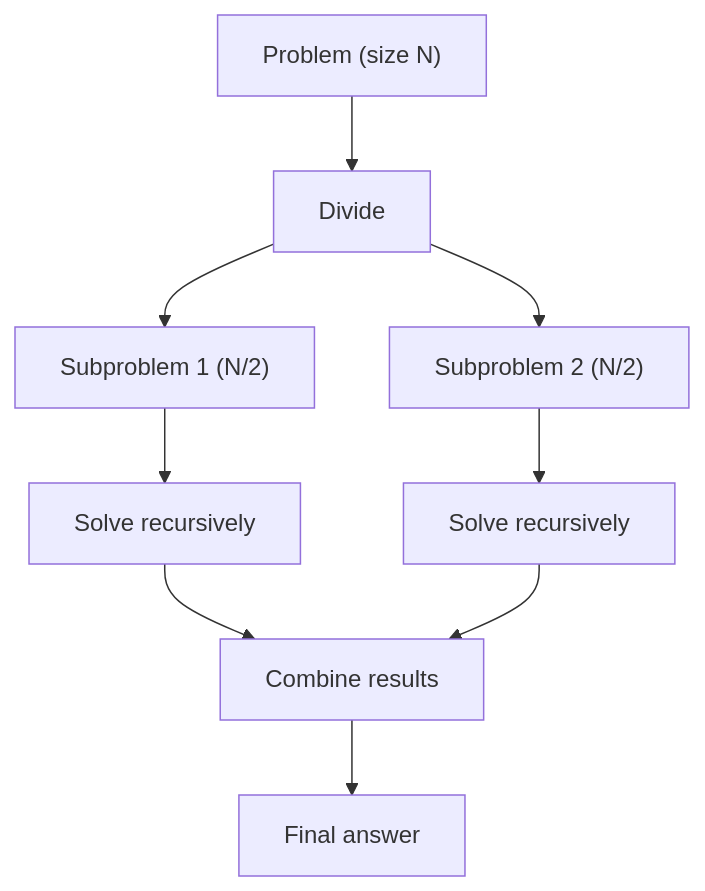
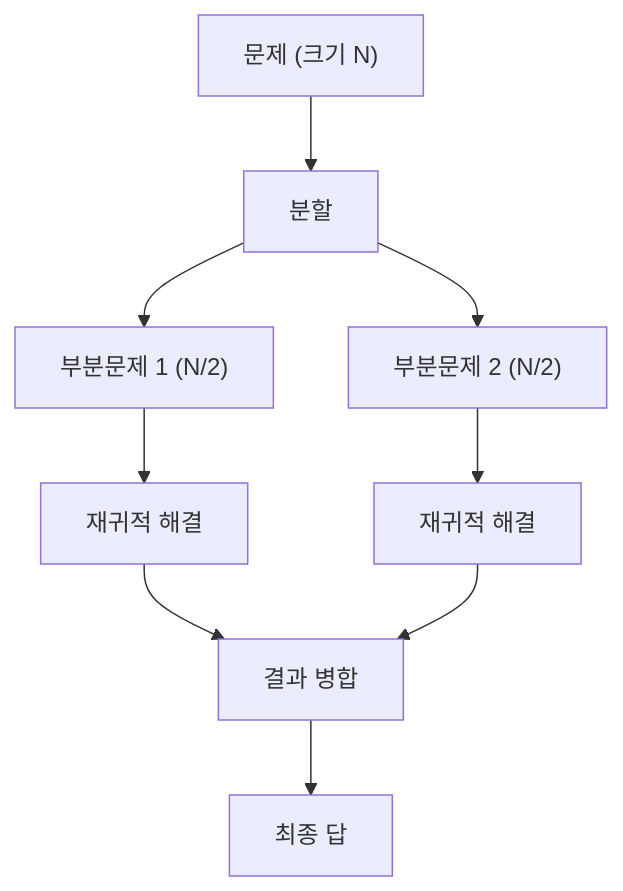
One commit to mandoobox/mandoobox.github.io changed the first of 4 diagrams in _posts/algorithm/2026-03-07-divide-and-conquer.md. Above: the diagram before and after it, drawn with Mermaid. The commit also changed other lines of this file and 24 other files, not shown here.

Commit message:
feat: mermaid kr

````diff
--- a/_posts/algorithm/2026-03-07-divide-and-conquer.md
+++ b/_posts/algorithm/2026-03-07-divide-and-conquer.md
@@ -43,11 +43,11 @@
 ```mermaid
 flowchart TD
-    A["Problem (size N)"] --> B["Divide"]
-    B --> C["Subproblem 1 (N/2)"]
-    B --> D["Subproblem 2 (N/2)"]
-    C --> E["Solve recursively"]
-    D --> F["Solve recursively"]
-    E --> G["Combine results"]
+    A["문제 (크기 N)"] --> B["분할"]
+    B --> C["부분문제 1 (N/2)"]
+    B --> D["부분문제 2 (N/2)"]
+    C --> E["재귀적 해결"]
+    D --> F["재귀적 해결"]
+    E --> G["결과 병합"]
     F --> G
-    G --> H["Final answer"]
+    G --> H["최종 답"]
 ```
````
